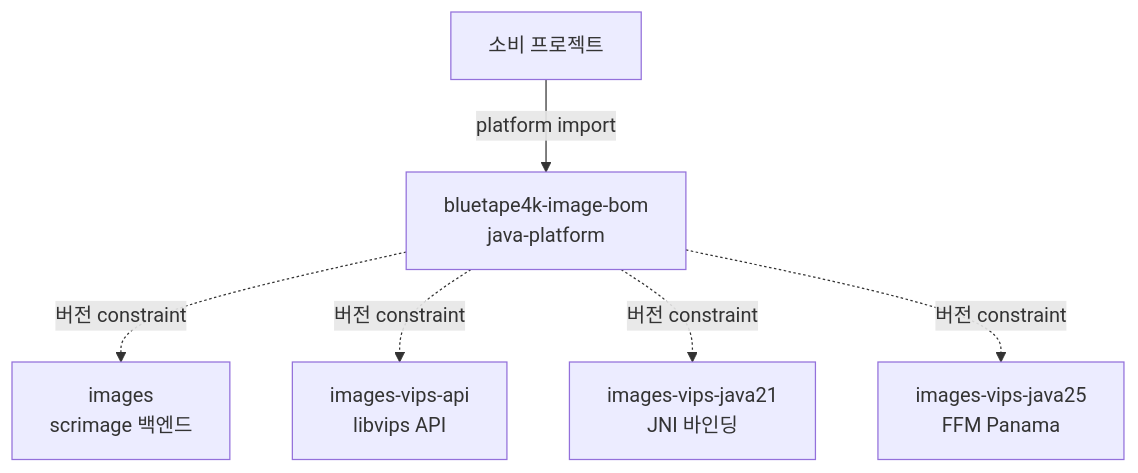
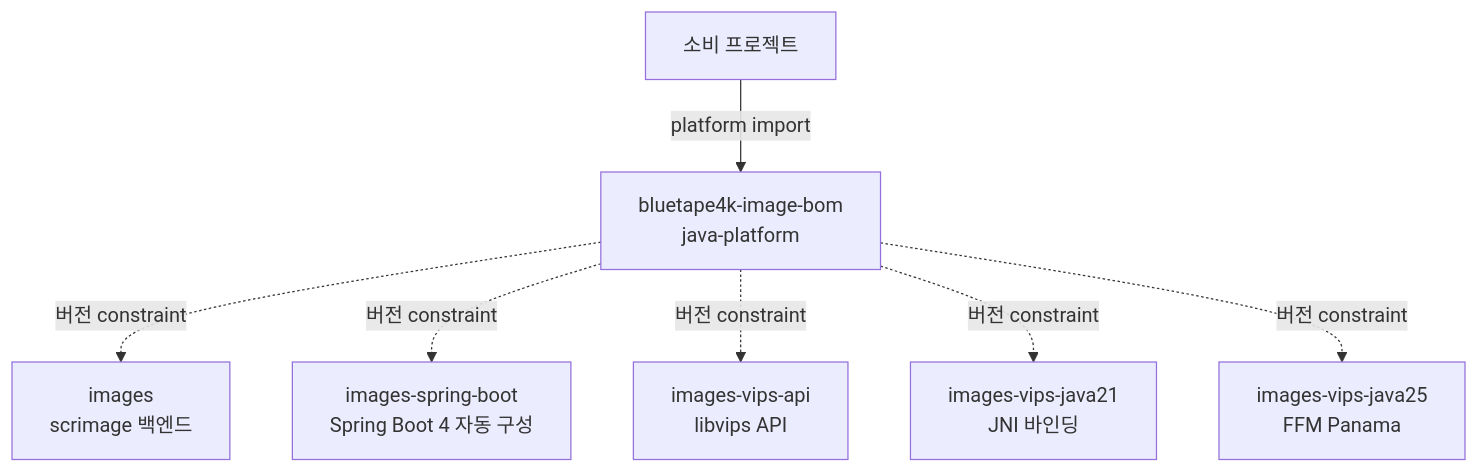
The diagram in bom/README.ko.md (bluetape4k/bluetape4k-image), drawn with Mermaid before and after one commit. The commit also changed other lines of this file and 51 other files, not shown here.

Commit message:
refactor: rename images-spring-boot4 to images-spring-boot, drop bluetape4k- prefix from artifact IDs in docs

````diff
--- a/bom/README.ko.md
+++ b/bom/README.ko.md
@@ -10,15 +10,17 @@
 ```mermaid
 graph TB
     Consumer[소비 프로젝트]
     BOM[bluetape4k-image-bom<br/>java-platform]
     Images[images<br/>scrimage 백엔드]
+    SpringBoot[images-spring-boot<br/>Spring Boot 4 자동 구성]
     VipsApi[images-vips-api<br/>libvips API]
     Vips21[images-vips-java21<br/>JNI 바인딩]
     Vips25[images-vips-java25<br/>FFM Panama]
 
     Consumer -->|platform import| BOM
     BOM -.->|버전 constraint| Images
+    BOM -.->|버전 constraint| SpringBoot
     BOM -.->|버전 constraint| VipsApi
     BOM -.->|버전 constraint| Vips21
     BOM -.->|버전 constraint| Vips25
 ```
````
